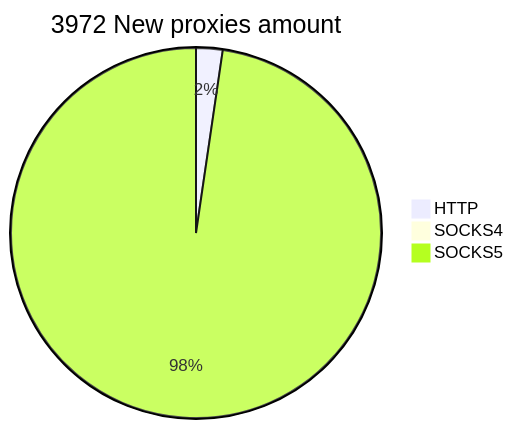
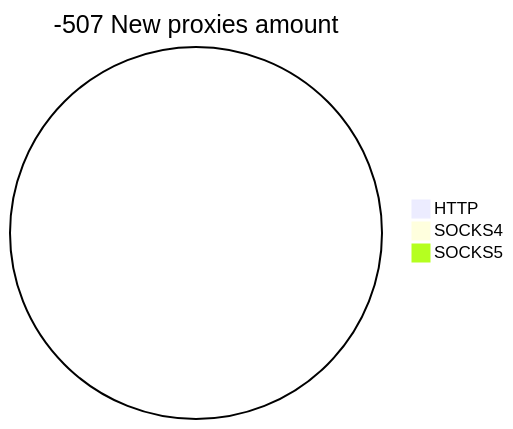
One commit to cutipu/proxylist changed the second of 2 diagrams in README.md. Above: the diagram before and after it, drawn with Mermaid. The commit also changed other lines of this file, not shown here.

````diff
--- a/README.md
+++ b/README.md
@@ -10,6 +10,6 @@
 ```mermaid
-pie title 3972 New proxies amount
-    "HTTP" : 92
+pie title -507 New proxies amount
+    "HTTP" : 0
     "SOCKS4" : 0
-    "SOCKS5" : 3880
+    "SOCKS5" : 0
 ```
````
